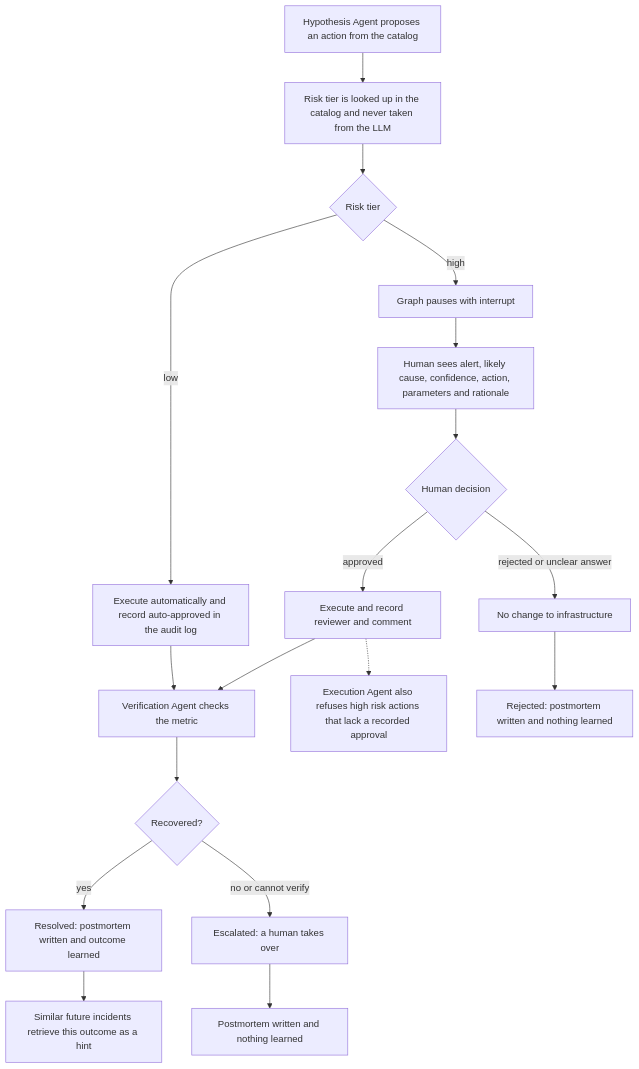
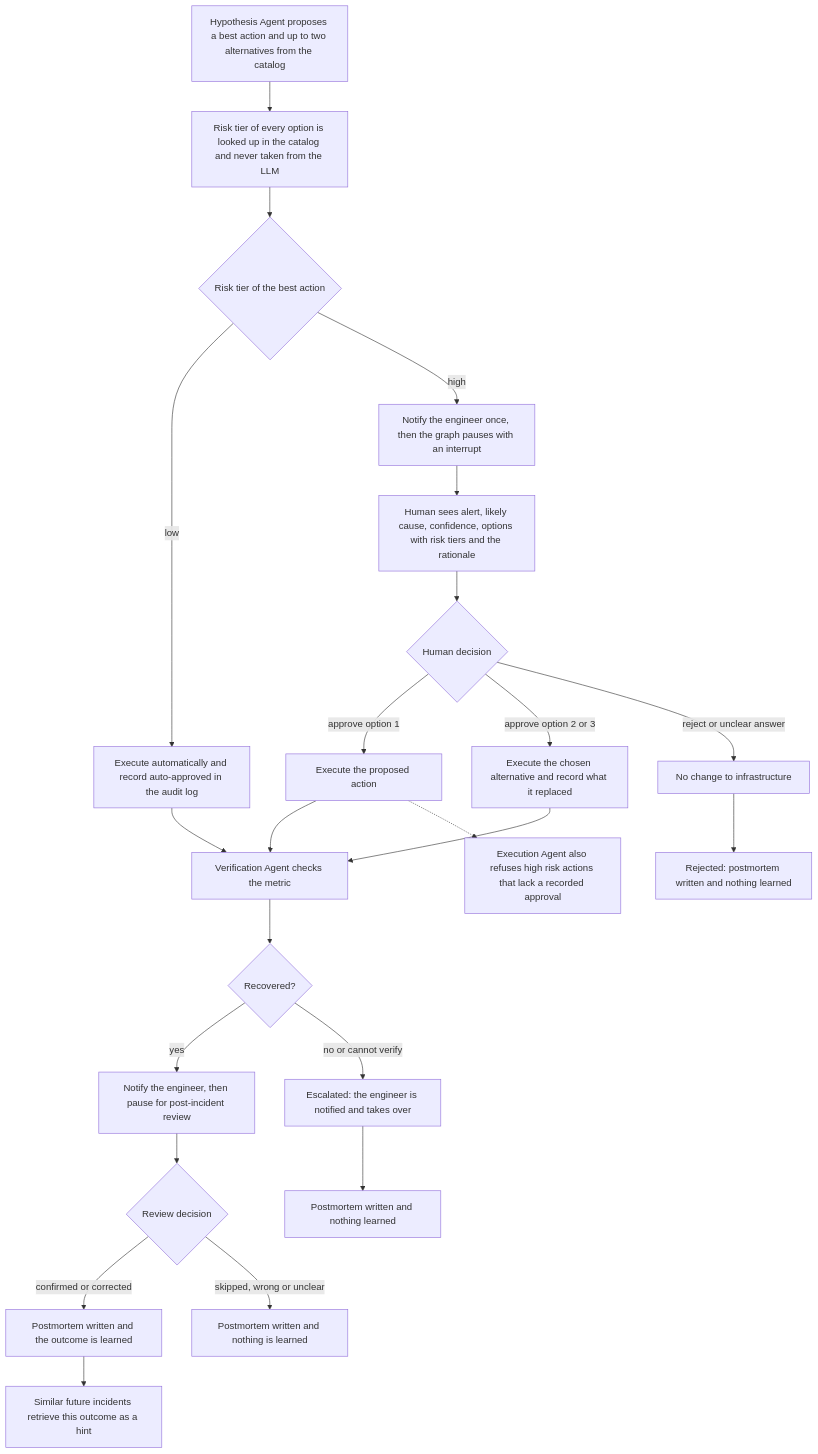
Before and after one commit to Muhammad-Ahmed-Rayyan/OpsSentinel: the seventh of 7 diagrams in docs/architecture.md, drawn with Mermaid. The commit also changed other lines of this file and 4 other files, not shown here.

Commit message:
docs: refresh architecture, rationale, failure handling and proposal alignment

````diff
--- a/docs/architecture.md
+++ b/docs/architecture.md
@@ -225,20 +281,25 @@
 ```mermaid
 flowchart TD
-    A["Hypothesis Agent proposes an action from the catalog"] --> B["Risk tier is looked up in the catalog and never taken from the LLM"]
-    B --> C{"Risk tier"}
+    A["Hypothesis Agent proposes a best action and up to two alternatives from the catalog"] --> B["Risk tier of every option is looked up in the catalog and never taken from the LLM"]
+    B --> C{"Risk tier of the best action"}
     C -- "low" --> D["Execute automatically and record auto-approved in the audit log"]
-    C -- "high" --> E["Graph pauses with interrupt"]
-    E --> F["Human sees alert, likely cause, confidence, action, parameters and rationale"]
+    C -- "high" --> E["Notify the engineer once, then the graph pauses with an interrupt"]
+    E --> F["Human sees alert, likely cause, confidence, options with risk tiers and the rationale"]
     F --> G{"Human decision"}
-    G -- "approved" --> H["Execute and record reviewer and comment"]
-    G -- "rejected or unclear answer" --> I["No change to infrastructure"]
+    G -- "approve option 1" --> H["Execute the proposed action"]
+    G -- "approve option 2 or 3" --> H2["Execute the chosen alternative and record what it replaced"]
+    G -- "reject or unclear answer" --> I["No change to infrastructure"]
     H --> J["Verification Agent checks the metric"]
+    H2 --> J
     D --> J
     J --> K{"Recovered?"}
-    K -- "yes" --> L["Resolved: postmortem written and outcome learned"]
-    K -- "no or cannot verify" --> M["Escalated: a human takes over"]
+    K -- "yes" --> L["Notify the engineer, then pause for post-incident review"]
+    K -- "no or cannot verify" --> M["Escalated: the engineer is notified and takes over"]
+    L --> R{"Review decision"}
+    R -- "confirmed or corrected" --> S["Postmortem written and the outcome is learned"]
+    R -- "skipped, wrong or unclear" --> T["Postmortem written and nothing is learned"]
     I --> N["Rejected: postmortem written and nothing learned"]
     M --> O["Postmortem written and nothing learned"]
-    L --> P["Similar future incidents retrieve this outcome as a hint"]
+    S --> P["Similar future incidents retrieve this outcome as a hint"]
     H -.-> Q["Execution Agent also refuses high risk actions that lack a recorded approval"]
 ```
````
